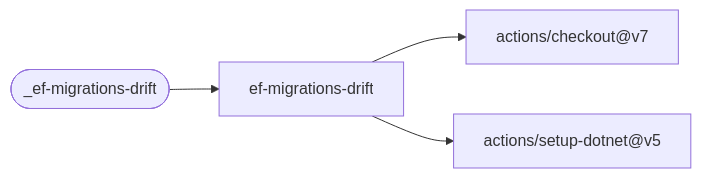
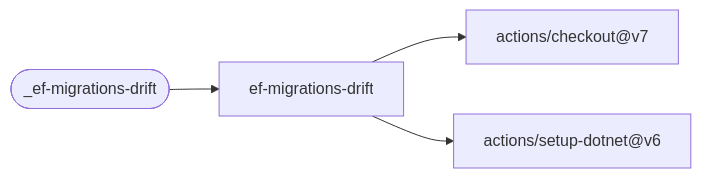
Before and after one commit to f2calv/gha-workflows: the sixth of 15 diagrams in README.md, drawn with Mermaid. The commit also changed other lines of this file, not shown here.

````diff
--- a/README.md
+++ b/README.md
@@ -106,7 +140,7 @@
 ```mermaid
 flowchart LR
     classDef f2calv fill:#dbeafe,stroke:#2563eb,color:#1e3a5f
     W(["_ef-migrations-drift"]) --> J["ef-migrations-drift"]
     J --> A1["actions/checkout@v7"]
-    J --> A2["actions/setup-dotnet@v5"]
+    J --> A2["actions/setup-dotnet@v6"]
 ```
````
